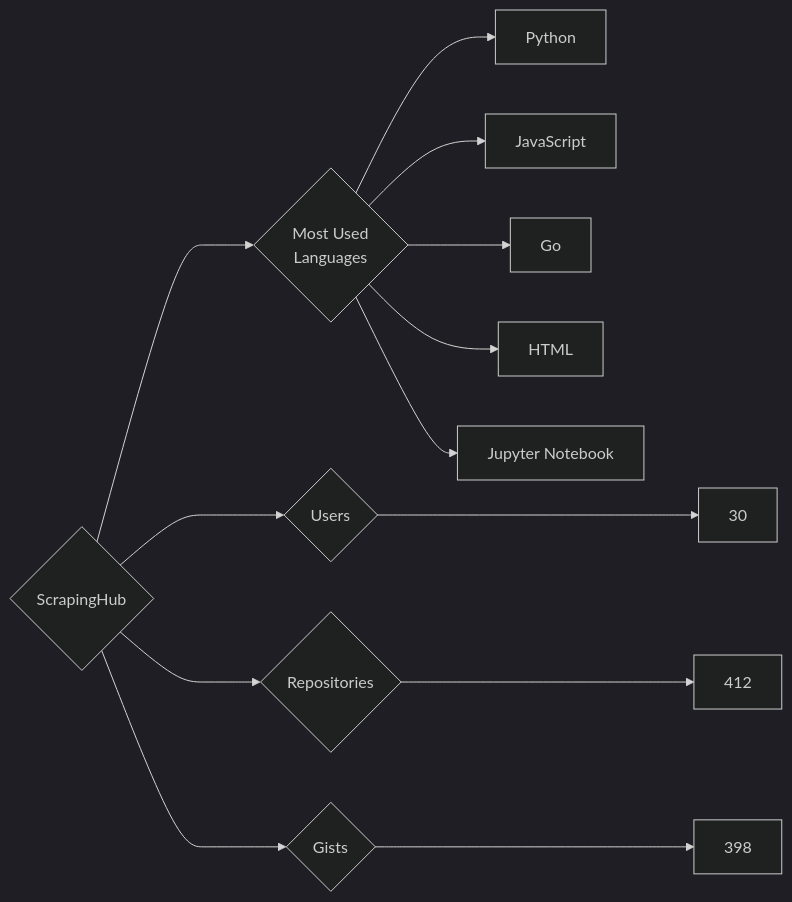
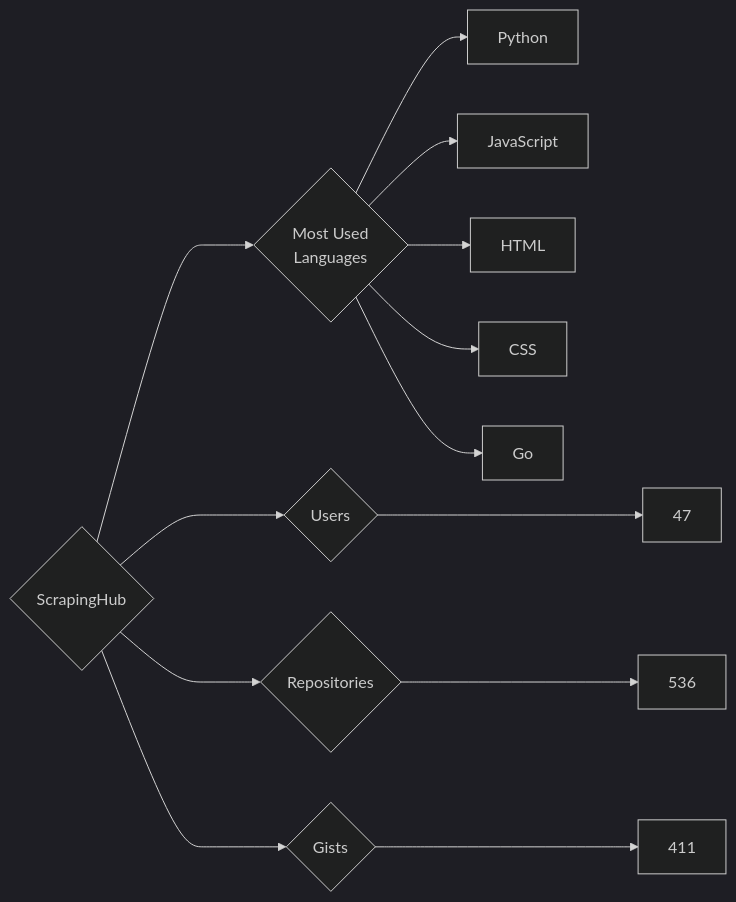
The diagram in targets/ScrapingHub/README.md (trickest/insiders), drawn with Mermaid (dark theme) before and after one commit. The commit also changed 898 other files, not shown here.

````diff
--- a/targets/ScrapingHub/README.md
+++ b/targets/ScrapingHub/README.md
@@ -3,13 +3,13 @@
 ```mermaid
 graph LR
 COMPANY_NAME{ScrapingHub}
-COMPANY_NAME ---> U{Users} ---> UN[30]
-COMPANY_NAME ---> R{Repositories} ---> RN[412]
-COMPANY_NAME ---> G{Gists} ---> GN[398]
+COMPANY_NAME ---> U{Users} ---> UN[47]
+COMPANY_NAME ---> R{Repositories} ---> RN[536]
+COMPANY_NAME ---> G{Gists} ---> GN[411]
 COMPANY_NAME ---> ML{Most Used<br>Languages}
 ML --> Python[Python]
 ML --> JavaScript[JavaScript]
+ML --> HTML[HTML]
+ML --> CSS[CSS]
 ML --> Go[Go]
-ML --> HTML[HTML]
-ML --> Jupyter_Notebook[Jupyter Notebook]
 ```
````
